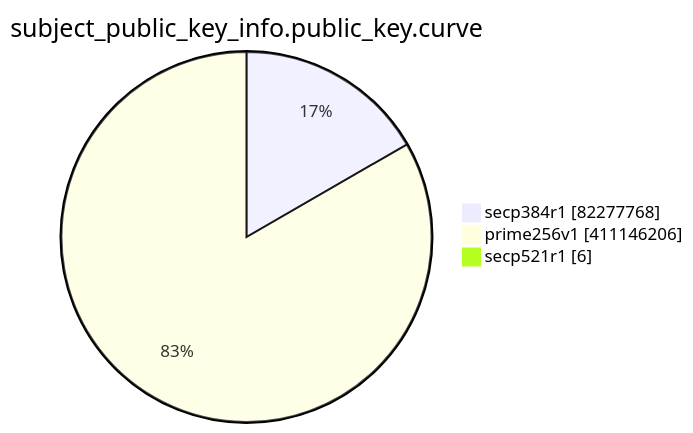
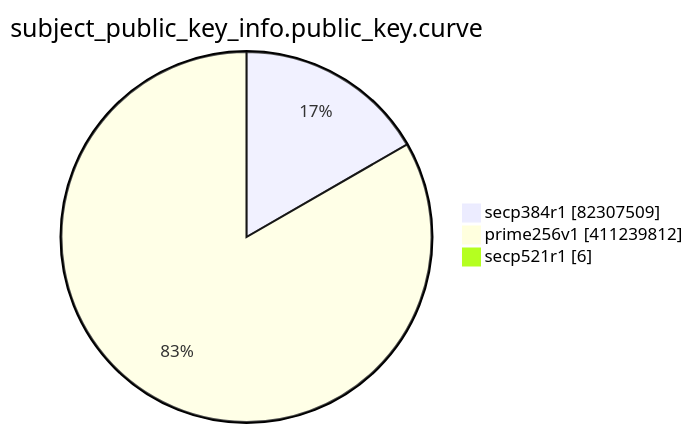
One commit to christiankrug/ctmonitor_visualization changed the eighth of 15 diagrams in TOTAL/README.md. Above: the diagram before and after it, drawn with Mermaid. The commit also changed other lines of this file, not shown here.

````diff
--- a/TOTAL/README.md
+++ b/TOTAL/README.md
@@ -3097,7 +3097,7 @@
 ```mermaid
 pie showData
 title subject_public_key_info.public_key.curve
-"secp384r1" :82277768
-"prime256v1" :411146206
+"secp384r1" :82307509
+"prime256v1" :411239812
 "secp521r1" :6
 ```
````
